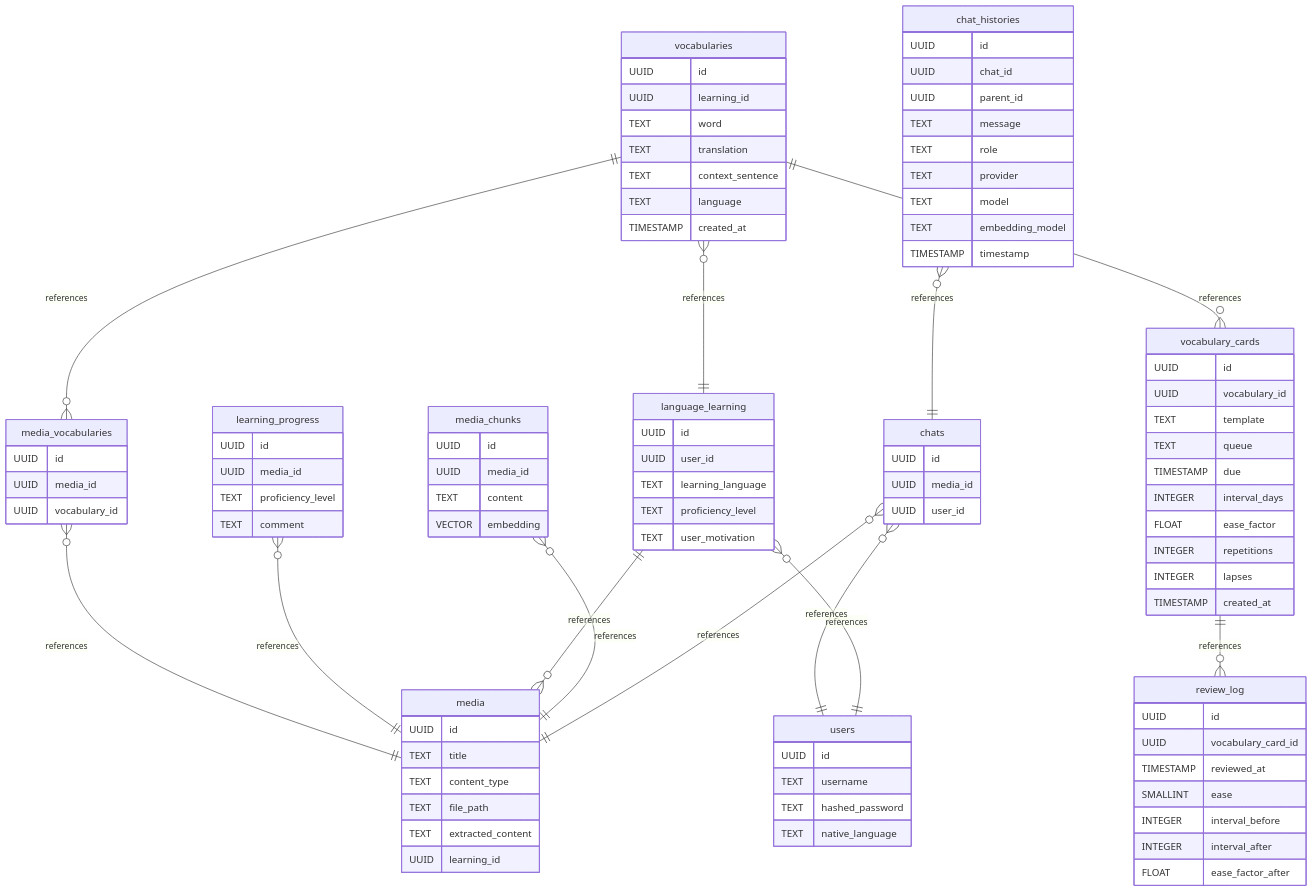
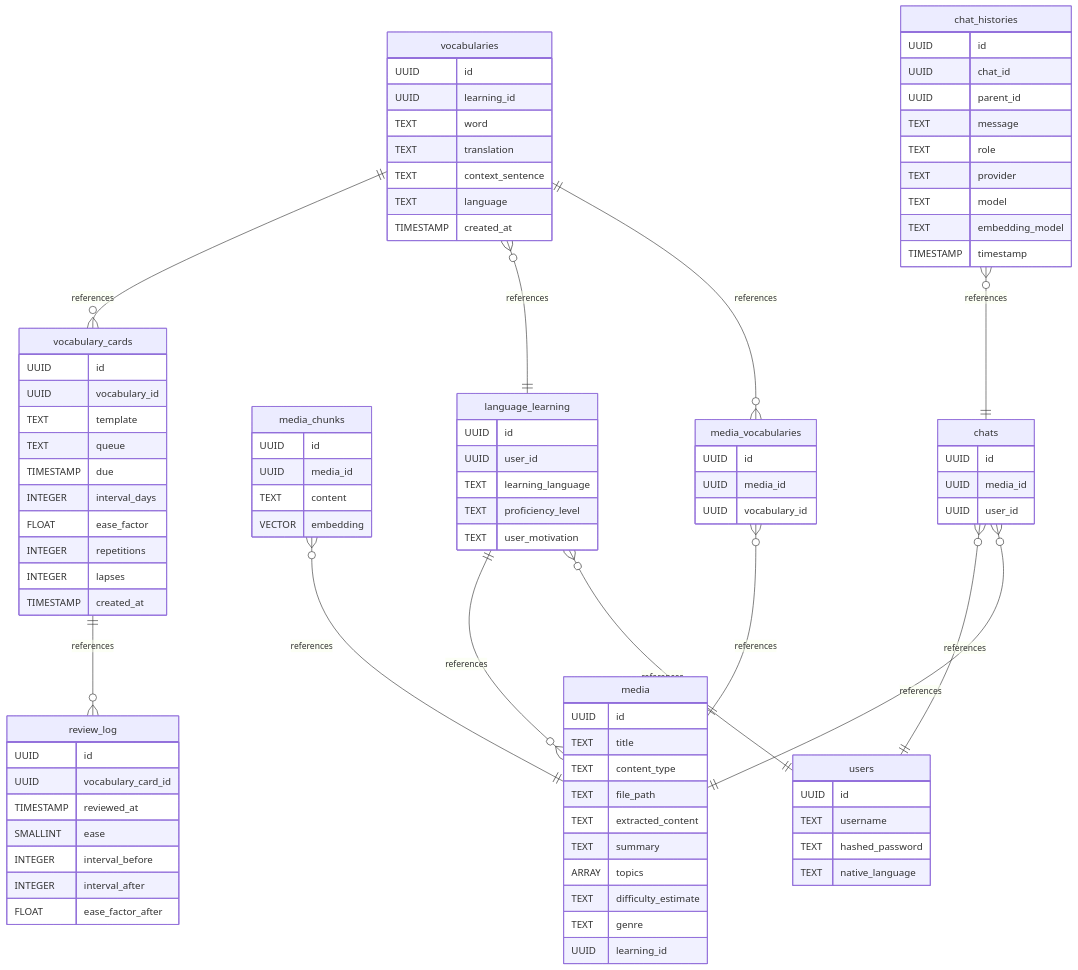
Before and after one commit to BurkhardtJan/Dengwa-AI: the second of 2 diagrams in README.md, drawn with Mermaid. The commit also changed other lines of this file and 7 other files, not shown here.

````diff
--- a/README.md
+++ b/README.md
@@ -300,7 +300,6 @@
     media_chunks }o--|| media: references
     language_learning }o--|| users: references
     language_learning ||--o{ media: references
-    learning_progress }o--|| media: references
     media_vocabularies }o--|| media: references
     vocabularies ||--o{ media_vocabularies: references
     vocabularies }o--|| language_learning: references
@@ -321,6 +320,10 @@
         TEXT content_type
         TEXT file_path
         TEXT extracted_content
+        TEXT summary
+        ARRAY topics
+        TEXT difficulty_estimate
+        TEXT genre
         UUID learning_id
     }
     media_chunks {
@@ -389,16 +392,10 @@
         TEXT user_motivation
     }
 
-    learning_progress {
-        UUID id
-        UUID media_id
-        TEXT proficiency_level
-        TEXT comment
-    }
-
     media_vocabularies {
         UUID id
         UUID media_id
         UUID vocabulary_id
     }
+
 ```
````
